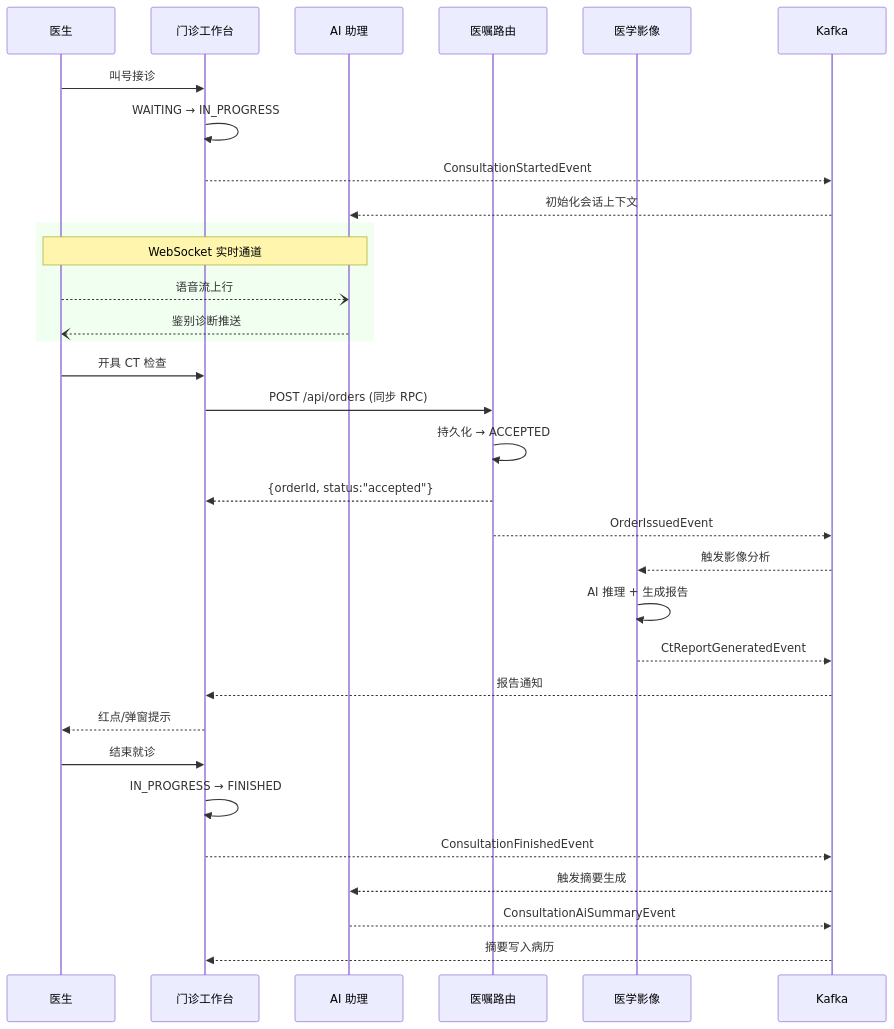
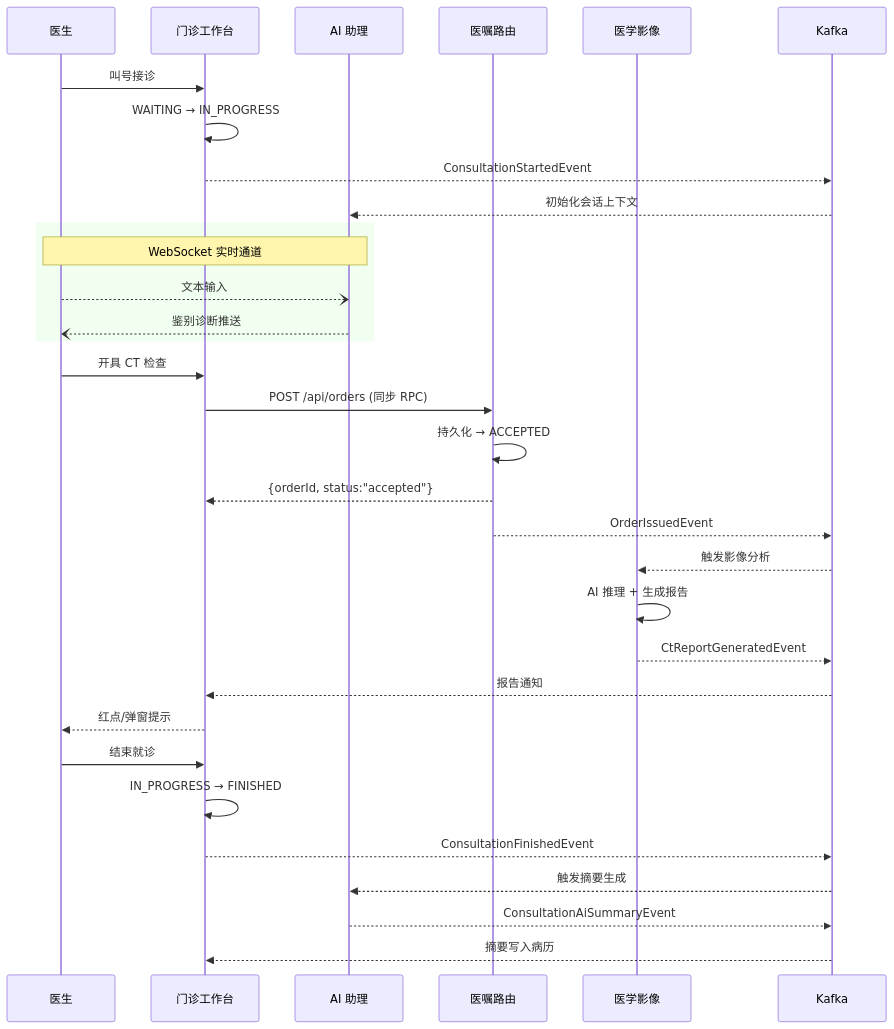
Before and after one commit to suchuye/cloud-brain-: the third of 4 diagrams in doc/系统结构图.md, drawn with Mermaid. The commit also changed other lines of this file and 7 other files, not shown here.

````diff
--- a/doc/系统结构图.md
+++ b/doc/系统结构图.md
@@ -168,39 +168,39 @@
 ```mermaid
 sequenceDiagram
     participant Doctor as 医生
     participant Outpatient as 门诊工作台
     participant AI as AI 助理
     participant Order as 医嘱路由
     participant Imaging as 医学影像
     participant Kafka as Kafka
 
     Doctor->>Outpatient: 叫号接诊
     Outpatient->>Outpatient: WAITING → IN_PROGRESS
     Outpatient-->>Kafka: ConsultationStartedEvent
     Kafka-->>AI: 初始化会话上下文
 
     rect rgb(240,255,240)
         Note over Doctor,AI: WebSocket 实时通道
-        Doctor--)AI: 语音流上行
+        Doctor--)AI: 文本输入
         AI--)Doctor: 鉴别诊断推送
     end
 
     Doctor->>Outpatient: 开具 CT 检查
     Outpatient->>Order: POST /api/orders (同步 RPC)
     Order->>Order: 持久化 → ACCEPTED
     Order-->>Outpatient: {orderId, status:"accepted"}
     Order-->>Kafka: OrderIssuedEvent
     Kafka-->>Imaging: 触发影像分析
 
     Imaging->>Imaging: AI 推理 + 生成报告
     Imaging-->>Kafka: CtReportGeneratedEvent
     Kafka-->>Outpatient: 报告通知
     Outpatient-->>Doctor: 红点/弹窗提示
 
     Doctor->>Outpatient: 结束就诊
     Outpatient->>Outpatient: IN_PROGRESS → FINISHED
     Outpatient-->>Kafka: ConsultationFinishedEvent
     Kafka-->>AI: 触发摘要生成
     AI-->>Kafka: ConsultationAiSummaryEvent
     Kafka-->>Outpatient: 摘要写入病历
 ```
````
